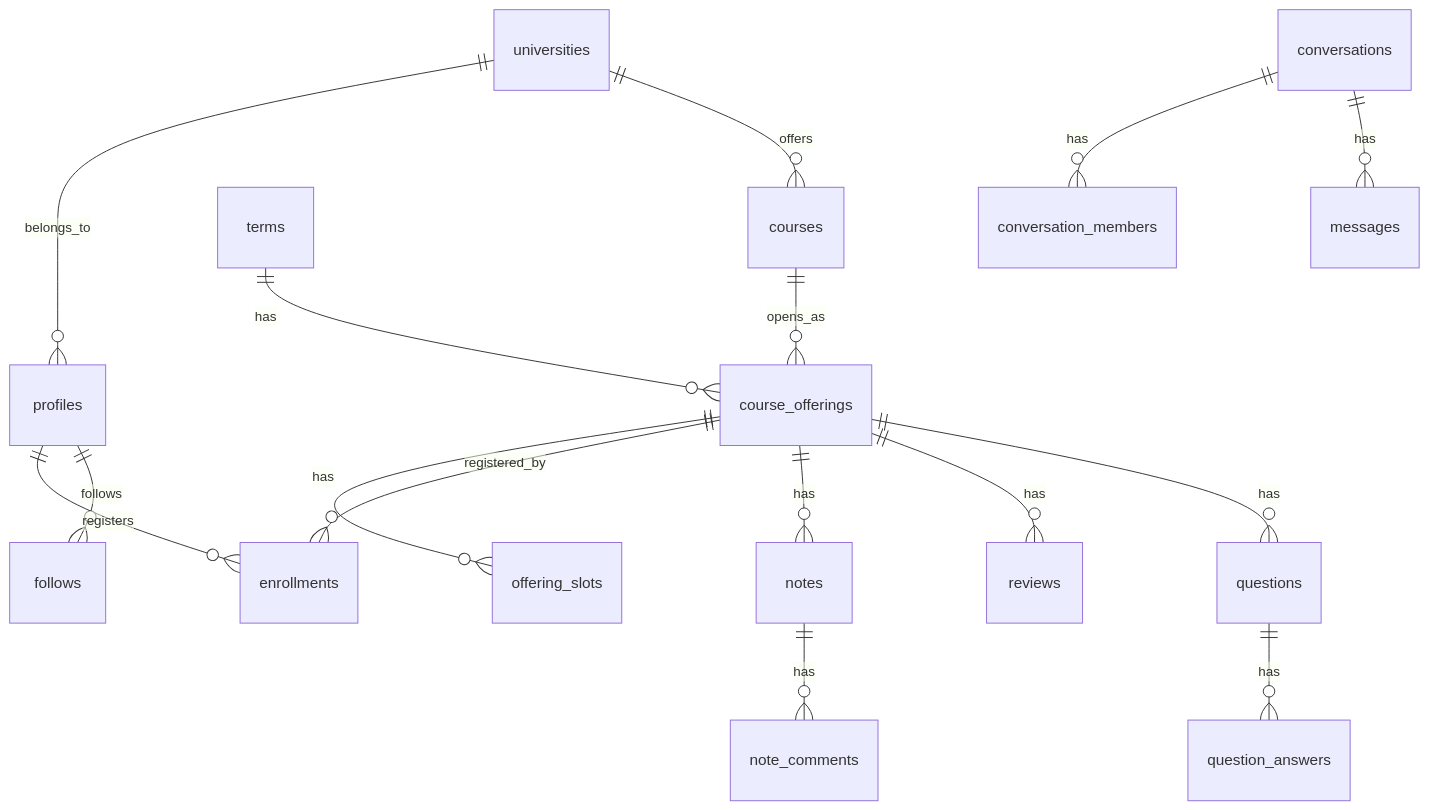
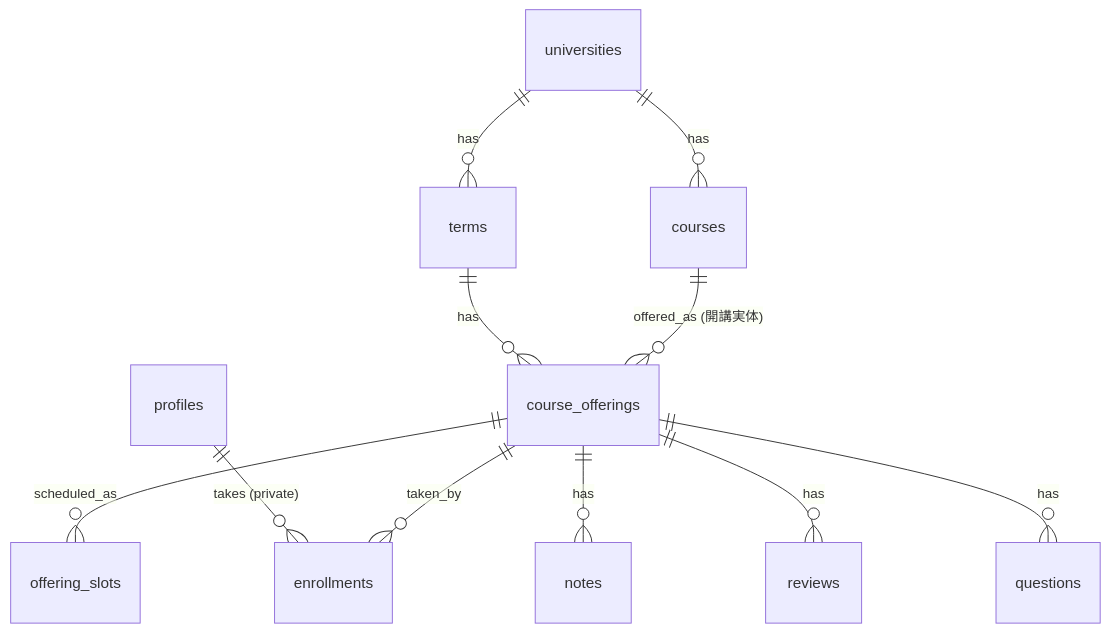
Before and after one commit to Taku315o/studyshare: the second of 2 diagrams in README.md, drawn with Mermaid. The commit also changed other lines of this file and 9 other files, not shown here.

````diff
--- a/README.md
+++ b/README.md
@@ -84,18 +106,15 @@
 ```mermaid
 erDiagram
-  universities ||--o{ profiles : belongs_to
-  universities ||--o{ courses : offers
+  universities ||--o{ terms : has
+  universities ||--o{ courses : has
   terms ||--o{ course_offerings : has
-  courses ||--o{ course_offerings : opens_as
-  course_offerings ||--o{ offering_slots : has
-  profiles ||--o{ enrollments : registers
-  course_offerings ||--o{ enrollments : registered_by
+  courses ||--o{ course_offerings : "offered_as (開講実体)"
+  course_offerings ||--o{ offering_slots : scheduled_as
+  
+  profiles ||--o{ enrollments : "takes (private)"
+  course_offerings ||--o{ enrollments : taken_by
+  
   course_offerings ||--o{ notes : has
   course_offerings ||--o{ reviews : has
   course_offerings ||--o{ questions : has
-  notes ||--o{ note_comments : has
-  questions ||--o{ question_answers : has
-  profiles ||--o{ follows : follows
-  conversations ||--o{ conversation_members : has
-  conversations ||--o{ messages : has
 ```
````
